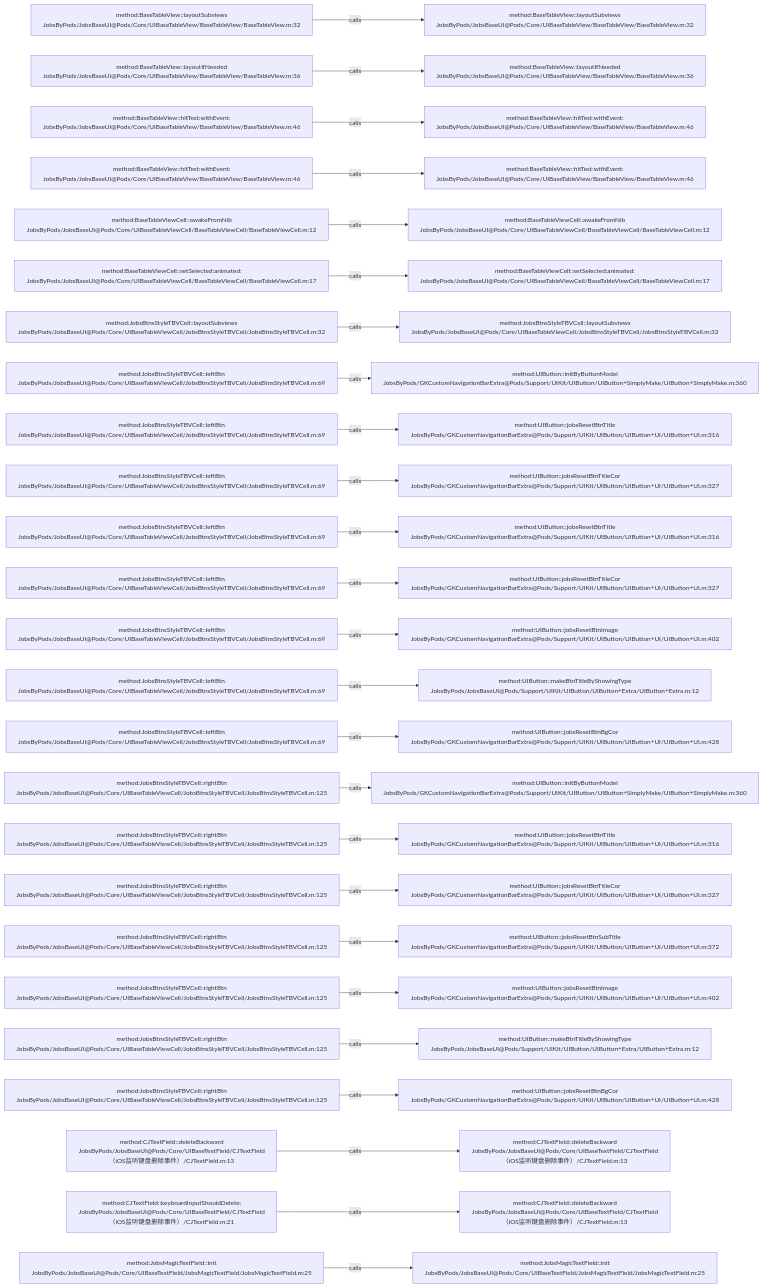
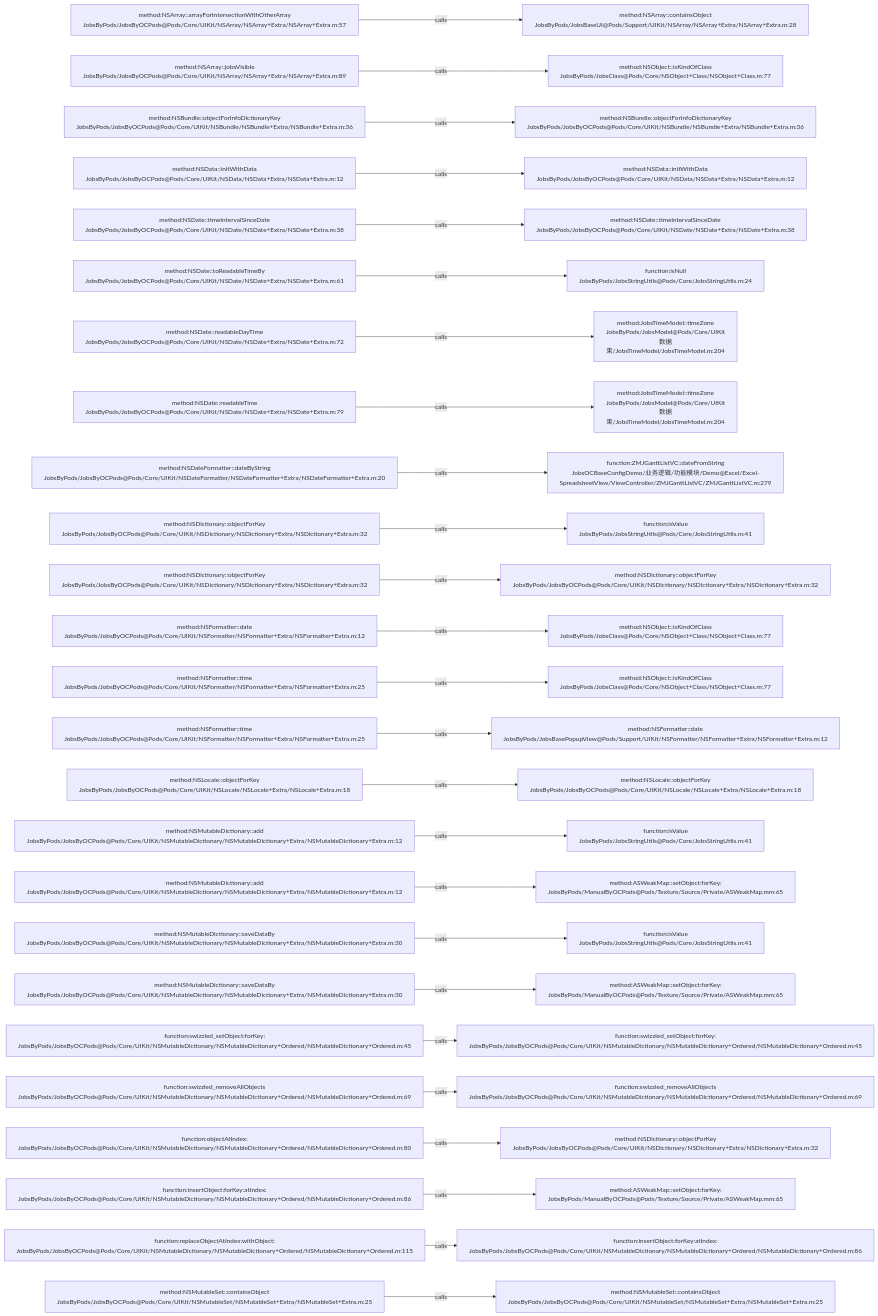
One commit to JobsKits/JobsOCBaseConfigDemo changed the diagram in .codegraph/codegraph.md/graphs/calls-030.md. Above: the diagram before and after it, drawn with Mermaid. The commit also changed 573 other files, not shown here.

````diff
--- a/.codegraph/codegraph.md/graphs/calls-030.md
+++ b/.codegraph/codegraph.md/graphs/calls-030.md
@@ -13,78 +13,78 @@
 ```mermaid
 flowchart LR
-  S1["method:BaseTableView::layoutSubviews<br/>JobsByPods/JobsBaseUI@Pods/Core/UIBaseTableView/BaseTableView/BaseTableView.m:32"]
-  T1["method:BaseTableView::layoutSubviews<br/>JobsByPods/JobsBaseUI@Pods/Core/UIBaseTableView/BaseTableView/BaseTableView.m:32"]
+  S1["method:NSArray::arrayForIntersectionWithOtherArray<br/>JobsByPods/JobsByOCPods@Pods/Core/UIKit/NSArray/NSArray+Extra/NSArray+Extra.m:57"]
+  T1["method:NSArray::containsObject<br/>JobsByPods/JobsBaseUI@Pods/Support/UIKit/NSArray/NSArray+Extra/NSArray+Extra.m:28"]
   S1 -->|calls| T1
-  S2["method:BaseTableView::layoutIfNeeded<br/>JobsByPods/JobsBaseUI@Pods/Core/UIBaseTableView/BaseTableView/BaseTableView.m:36"]
-  T2["method:BaseTableView::layoutIfNeeded<br/>JobsByPods/JobsBaseUI@Pods/Core/UIBaseTableView/BaseTableView/BaseTableView.m:36"]
+  S2["method:NSArray::jobsVisible<br/>JobsByPods/JobsByOCPods@Pods/Core/UIKit/NSArray/NSArray+Extra/NSArray+Extra.m:89"]
+  T2["method:NSObject::isKindOfClass<br/>JobsByPods/JobsClass@Pods/Core/NSObject+Class/NSObject+Class.m:77"]
   S2 -->|calls| T2
-  S3["method:BaseTableView::hitTest:withEvent:<br/>JobsByPods/JobsBaseUI@Pods/Core/UIBaseTableView/BaseTableView/BaseTableView.m:46"]
-  T3["method:BaseTableView::hitTest:withEvent:<br/>JobsByPods/JobsBaseUI@Pods/Core/UIBaseTableView/BaseTableView/BaseTableView.m:46"]
+  S3["method:NSBundle::objectForInfoDictionaryKey<br/>JobsByPods/JobsByOCPods@Pods/Core/UIKit/NSBundle/NSBundle+Extra/NSBundle+Extra.m:36"]
+  T3["method:NSBundle::objectForInfoDictionaryKey<br/>JobsByPods/JobsByOCPods@Pods/Core/UIKit/NSBundle/NSBundle+Extra/NSBundle+Extra.m:36"]
   S3 -->|calls| T3
-  S4["method:BaseTableView::hitTest:withEvent:<br/>JobsByPods/JobsBaseUI@Pods/Core/UIBaseTableView/BaseTableView/BaseTableView.m:46"]
-  T4["method:BaseTableView::hitTest:withEvent:<br/>JobsByPods/JobsBaseUI@Pods/Core/UIBaseTableView/BaseTableView/BaseTableView.m:46"]
+  S4["method:NSData::initWithData<br/>JobsByPods/JobsByOCPods@Pods/Core/UIKit/NSData/NSData+Extra/NSData+Extra.m:12"]
+  T4["method:NSData::initWithData<br/>JobsByPods/JobsByOCPods@Pods/Core/UIKit/NSData/NSData+Extra/NSData+Extra.m:12"]
   S4 -->|calls| T4
-  S5["method:BaseTableViewCell::awakeFromNib<br/>JobsByPods/JobsBaseUI@Pods/Core/UIBaseTableViewCell/BaseTableViewCell/BaseTableViewCell.m:12"]
-  T5["method:BaseTableViewCell::awakeFromNib<br/>JobsByPods/JobsBaseUI@Pods/Core/UIBaseTableViewCell/BaseTableViewCell/BaseTableViewCell.m:12"]
+  S5["method:NSDate::timeIntervalSinceDate<br/>JobsByPods/JobsByOCPods@Pods/Core/UIKit/NSDate/NSDate+Extra/NSDate+Extra.m:38"]
+  T5["method:NSDate::timeIntervalSinceDate<br/>JobsByPods/JobsByOCPods@Pods/Core/UIKit/NSDate/NSDate+Extra/NSDate+Extra.m:38"]
   S5 -->|calls| T5
-  S6["method:BaseTableViewCell::setSelected:animated:<br/>JobsByPods/JobsBaseUI@Pods/Core/UIBaseTableViewCell/BaseTableViewCell/BaseTableViewCell.m:17"]
-  T6["method:BaseTableViewCell::setSelected:animated:<br/>JobsByPods/JobsBaseUI@Pods/Core/UIBaseTableViewCell/BaseTableViewCell/BaseTableViewCell.m:17"]
+  S6["method:NSDate::toReadableTimeBy<br/>JobsByPods/JobsByOCPods@Pods/Core/UIKit/NSDate/NSDate+Extra/NSDate+Extra.m:61"]
+  T6["function:isNull<br/>JobsByPods/JobsStringUtils@Pods/Core/JobsStringUtils.m:24"]
   S6 -->|calls| T6
-  S7["method:JobsBtnsStyleTBVCell::layoutSubviews<br/>JobsByPods/JobsBaseUI@Pods/Core/UIBaseTableViewCell/JobsBtnsStyleTBVCell/JobsBtnsStyleTBVCell.m:32"]
-  T7["method:JobsBtnsStyleTBVCell::layoutSubviews<br/>JobsByPods/JobsBaseUI@Pods/Core/UIBaseTableViewCell/JobsBtnsStyleTBVCell/JobsBtnsStyleTBVCell.m:32"]
+  S7["method:NSDate::readableDayTime<br/>JobsByPods/JobsByOCPods@Pods/Core/UIKit/NSDate/NSDate+Extra/NSDate+Extra.m:72"]
+  T7["method:JobsTimeModel::timeZone<br/>JobsByPods/JobsModel@Pods/Core/UIKit数据束/JobsTimeModel/JobsTimeModel.m:204"]
   S7 -->|calls| T7
-  S8["method:JobsBtnsStyleTBVCell::leftBtn<br/>JobsByPods/JobsBaseUI@Pods/Core/UIBaseTableViewCell/JobsBtnsStyleTBVCell/JobsBtnsStyleTBVCell.m:69"]
-  T8["method:UIButton::initByButtonModel<br/>JobsByPods/GKCustomNavigationBarExtra@Pods/Support/UIKit/UIButton/UIButton+SimplyMake/UIButton+SimplyMake.m:360"]
+  S8["method:NSDate::readableTime<br/>JobsByPods/JobsByOCPods@Pods/Core/UIKit/NSDate/NSDate+Extra/NSDate+Extra.m:79"]
+  T8["method:JobsTimeModel::timeZone<br/>JobsByPods/JobsModel@Pods/Core/UIKit数据束/JobsTimeModel/JobsTimeModel.m:204"]
   S8 -->|calls| T8
-  S9["method:JobsBtnsStyleTBVCell::leftBtn<br/>JobsByPods/JobsBaseUI@Pods/Core/UIBaseTableViewCell/JobsBtnsStyleTBVCell/JobsBtnsStyleTBVCell.m:69"]
-  T9["method:UIButton::jobsResetBtnTitle<br/>JobsByPods/GKCustomNavigationBarExtra@Pods/Support/UIKit/UIButton/UIButton+UI/UIButton+UI.m:316"]
+  S9["method:NSDateFormatter::dateByString<br/>JobsByPods/JobsByOCPods@Pods/Core/UIKit/NSDateFormatter/NSDateFormatter+Extra/NSDateFormatter+Extra.m:20"]
+  T9["function:ZMJGanttListVC::dateFromString<br/>JobsOCBaseConfigDemo/业务逻辑/功能模块/Demo@Excel/Excel-SpreadsheetView/ViewController/ZMJGanttListVC/ZMJGanttListVC.m:279"]
   S9 -->|calls| T9
-  S10["method:JobsBtnsStyleTBVCell::leftBtn<br/>JobsByPods/JobsBaseUI@Pods/Core/UIBaseTableViewCell/JobsBtnsStyleTBVCell/JobsBtnsStyleTBVCell.m:69"]
-  T10["method:UIButton::jobsResetBtnTitleCor<br/>JobsByPods/GKCustomNavigationBarExtra@Pods/Support/UIKit/UIButton/UIButton+UI/UIButton+UI.m:327"]
+  S10["method:NSDictionary::objectForKey<br/>JobsByPods/JobsByOCPods@Pods/Core/UIKit/NSDictionary/NSDictionary+Extra/NSDictionary+Extra.m:32"]
+  T10["function:isValue<br/>JobsByPods/JobsStringUtils@Pods/Core/JobsStringUtils.m:41"]
   S10 -->|calls| T10
-  S11["method:JobsBtnsStyleTBVCell::leftBtn<br/>JobsByPods/JobsBaseUI@Pods/Core/UIBaseTableViewCell/JobsBtnsStyleTBVCell/JobsBtnsStyleTBVCell.m:69"]
-  T11["method:UIButton::jobsResetBtnTitle<br/>JobsByPods/GKCustomNavigationBarExtra@Pods/Support/UIKit/UIButton/UIButton+UI/UIButton+UI.m:316"]
+  S11["method:NSDictionary::objectForKey<br/>JobsByPods/JobsByOCPods@Pods/Core/UIKit/NSDictionary/NSDictionary+Extra/NSDictionary+Extra.m:32"]
+  T11["method:NSDictionary::objectForKey<br/>JobsByPods/JobsByOCPods@Pods/Core/UIKit/NSDictionary/NSDictionary+Extra/NSDictionary+Extra.m:32"]
   S11 -->|calls| T11
-  S12["method:JobsBtnsStyleTBVCell::leftBtn<br/>JobsByPods/JobsBaseUI@Pods/Core/UIBaseTableViewCell/JobsBtnsStyleTBVCell/JobsBtnsStyleTBVCell.m:69"]
-  T12["method:UIButton::jobsResetBtnTitleCor<br/>JobsByPods/GKCustomNavigationBarExtra@Pods/Support/UIKit/UIButton/UIButton+UI/UIButton+UI.m:327"]
+  S12["method:NSFormatter::date<br/>JobsByPods/JobsByOCPods@Pods/Core/UIKit/NSFormatter/NSFormatter+Extra/NSFormatter+Extra.m:12"]
+  T12["method:NSObject::isKindOfClass<br/>JobsByPods/JobsClass@Pods/Core/NSObject+Class/NSObject+Class.m:77"]
   S12 -->|calls| T12
-  S13["method:JobsBtnsStyleTBVCell::leftBtn<br/>JobsByPods/JobsBaseUI@Pods/Core/UIBaseTableViewCell/JobsBtnsStyleTBVCell/JobsBtnsStyleTBVCell.m:69"]
-  T13["method:UIButton::jobsResetBtnImage<br/>JobsByPods/GKCustomNavigationBarExtra@Pods/Support/UIKit/UIButton/UIButton+UI/UIButton+UI.m:402"]
+  S13["method:NSFormatter::time<br/>JobsByPods/JobsByOCPods@Pods/Core/UIKit/NSFormatter/NSFormatter+Extra/NSFormatter+Extra.m:25"]
+  T13["method:NSObject::isKindOfClass<br/>JobsByPods/JobsClass@Pods/Core/NSObject+Class/NSObject+Class.m:77"]
   S13 -->|calls| T13
-  S14["method:JobsBtnsStyleTBVCell::leftBtn<br/>JobsByPods/JobsBaseUI@Pods/Core/UIBaseTableViewCell/JobsBtnsStyleTBVCell/JobsBtnsStyleTBVCell.m:69"]
-  T14["method:UIButton::makeBtnTitleByShowingType<br/>JobsByPods/JobsBaseUI@Pods/Support/UIKit/UIButton/UIButton+Extra/UIButton+Extra.m:12"]
+  S14["method:NSFormatter::time<br/>JobsByPods/JobsByOCPods@Pods/Core/UIKit/NSFormatter/NSFormatter+Extra/NSFormatter+Extra.m:25"]
+  T14["method:NSFormatter::date<br/>JobsByPods/JobsBasePopupView@Pods/Support/UIKit/NSFormatter/NSFormatter+Extra/NSFormatter+Extra.m:12"]
   S14 -->|calls| T14
-  S15["method:JobsBtnsStyleTBVCell::leftBtn<br/>JobsByPods/JobsBaseUI@Pods/Core/UIBaseTableViewCell/JobsBtnsStyleTBVCell/JobsBtnsStyleTBVCell.m:69"]
-  T15["method:UIButton::jobsResetBtnBgCor<br/>JobsByPods/GKCustomNavigationBarExtra@Pods/Support/UIKit/UIButton/UIButton+UI/UIButton+UI.m:428"]
+  S15["method:NSLocale::objectForKey<br/>JobsByPods/JobsByOCPods@Pods/Core/UIKit/NSLocale/NSLocale+Extra/NSLocale+Extra.m:18"]
+  T15["method:NSLocale::objectForKey<br/>JobsByPods/JobsByOCPods@Pods/Core/UIKit/NSLocale/NSLocale+Extra/NSLocale+Extra.m:18"]
   S15 -->|calls| T15
-  S16["method:JobsBtnsStyleTBVCell::rightBtn<br/>JobsByPods/JobsBaseUI@Pods/Core/UIBaseTableViewCell/JobsBtnsStyleTBVCell/JobsBtnsStyleTBVCell.m:125"]
-  T16["method:UIButton::initByButtonModel<br/>JobsByPods/GKCustomNavigationBarExtra@Pods/Support/UIKit/UIButton/UIButton+SimplyMake/UIButton+SimplyMake.m:360"]
+  S16["method:NSMutableDictionary::add<br/>JobsByPods/JobsByOCPods@Pods/Core/UIKit/NSMutableDictionary/NSMutableDictionary+Extra/NSMutableDictionary+Extra.m:12"]
+  T16["function:isValue<br/>JobsByPods/JobsStringUtils@Pods/Core/JobsStringUtils.m:41"]
   S16 -->|calls| T16
-  S17["method:JobsBtnsStyleTBVCell::rightBtn<br/>JobsByPods/JobsBaseUI@Pods/Core/UIBaseTableViewCell/JobsBtnsStyleTBVCell/JobsBtnsStyleTBVCell.m:125"]
-  T17["method:UIButton::jobsResetBtnTitle<br/>JobsByPods/GKCustomNavigationBarExtra@Pods/Support/UIKit/UIButton/UIButton+UI/UIButton+UI.m:316"]
+  S17["method:NSMutableDictionary::add<br/>JobsByPods/JobsByOCPods@Pods/Core/UIKit/NSMutableDictionary/NSMutableDictionary+Extra/NSMutableDictionary+Extra.m:12"]
+  T17["method:ASWeakMap::setObject:forKey:<br/>JobsByPods/ManualByOCPods@Pods/Texture/Source/Private/ASWeakMap.mm:65"]
   S17 -->|calls| T17
-  S18["method:JobsBtnsStyleTBVCell::rightBtn<br/>JobsByPods/JobsBaseUI@Pods/Core/UIBaseTableViewCell/JobsBtnsStyleTBVCell/JobsBtnsStyleTBVCell.m:125"]
-  T18["method:UIButton::jobsResetBtnTitleCor<br/>JobsByPods/GKCustomNavigationBarExtra@Pods/Support/UIKit/UIButton/UIButton+UI/UIButton+UI.m:327"]
+  S18["method:NSMutableDictionary::saveDataBy<br/>JobsByPods/JobsByOCPods@Pods/Core/UIKit/NSMutableDictionary/NSMutableDictionary+Extra/NSMutableDictionary+Extra.m:30"]
+  T18["function:isValue<br/>JobsByPods/JobsStringUtils@Pods/Core/JobsStringUtils.m:41"]
   S18 -->|calls| T18
-  S19["method:JobsBtnsStyleTBVCell::rightBtn<br/>JobsByPods/JobsBaseUI@Pods/Core/UIBaseTableViewCell/JobsBtnsStyleTBVCell/JobsBtnsStyleTBVCell.m:125"]
-  T19["method:UIButton::jobsResetBtnSubTitle<br/>JobsByPods/GKCustomNavigationBarExtra@Pods/Support/UIKit/UIButton/UIButton+UI/UIButton+UI.m:372"]
+  S19["method:NSMutableDictionary::saveDataBy<br/>JobsByPods/JobsByOCPods@Pods/Core/UIKit/NSMutableDictionary/NSMutableDictionary+Extra/NSMutableDictionary+Extra.m:30"]
+  T19["method:ASWeakMap::setObject:forKey:<br/>JobsByPods/ManualByOCPods@Pods/Texture/Source/Private/ASWeakMap.mm:65"]
   S19 -->|calls| T19
-  S20["method:JobsBtnsStyleTBVCell::rightBtn<br/>JobsByPods/JobsBaseUI@Pods/Core/UIBaseTableViewCell/JobsBtnsStyleTBVCell/JobsBtnsStyleTBVCell.m:125"]
-  T20["method:UIButton::jobsResetBtnImage<br/>JobsByPods/GKCustomNavigationBarExtra@Pods/Support/UIKit/UIButton/UIButton+UI/UIButton+UI.m:402"]
+  S20["function:swizzled_setObject:forKey:<br/>JobsByPods/JobsByOCPods@Pods/Core/UIKit/NSMutableDictionary/NSMutableDictionary+Ordered/NSMutableDictionary+Ordered.m:45"]
+  T20["function:swizzled_setObject:forKey:<br/>JobsByPods/JobsByOCPods@Pods/Core/UIKit/NSMutableDictionary/NSMutableDictionary+Ordered/NSMutableDictionary+Ordered.m:45"]
   S20 -->|calls| T20
-  S21["method:JobsBtnsStyleTBVCell::rightBtn<br/>JobsByPods/JobsBaseUI@Pods/Core/UIBaseTableViewCell/JobsBtnsStyleTBVCell/JobsBtnsStyleTBVCell.m:125"]
-  T21["method:UIButton::makeBtnTitleByShowingType<br/>JobsByPods/JobsBaseUI@Pods/Support/UIKit/UIButton/UIButton+Extra/UIButton+Extra.m:12"]
+  S21["function:swizzled_removeAllObjects<br/>JobsByPods/JobsByOCPods@Pods/Core/UIKit/NSMutableDictionary/NSMutableDictionary+Ordered/NSMutableDictionary+Ordered.m:69"]
+  T21["function:swizzled_removeAllObjects<br/>JobsByPods/JobsByOCPods@Pods/Core/UIKit/NSMutableDictionary/NSMutableDictionary+Ordered/NSMutableDictionary+Ordered.m:69"]
   S21 -->|calls| T21
-  S22["method:JobsBtnsStyleTBVCell::rightBtn<br/>JobsByPods/JobsBaseUI@Pods/Core/UIBaseTableViewCell/JobsBtnsStyleTBVCell/JobsBtnsStyleTBVCell.m:125"]
-  T22["method:UIButton::jobsResetBtnBgCor<br/>JobsByPods/GKCustomNavigationBarExtra@Pods/Support/UIKit/UIButton/UIButton+UI/UIButton+UI.m:428"]
+  S22["function:objectAtIndex:<br/>JobsByPods/JobsByOCPods@Pods/Core/UIKit/NSMutableDictionary/NSMutableDictionary+Ordered/NSMutableDictionary+Ordered.m:80"]
+  T22["method:NSDictionary::objectForKey<br/>JobsByPods/JobsByOCPods@Pods/Core/UIKit/NSDictionary/NSDictionary+Extra/NSDictionary+Extra.m:32"]
   S22 -->|calls| T22
-  S23["method:CJTextField::deleteBackward<br/>JobsByPods/JobsBaseUI@Pods/Core/UIBaseTextField/CJTextField（iOS监听键盘删除事件）/CJTextField.m:13"]
-  T23["method:CJTextField::deleteBackward<br/>JobsByPods/JobsBaseUI@Pods/Core/UIBaseTextField/CJTextField（iOS监听键盘删除事件）/CJTextField.m:13"]
+  S23["function:insertObject:forKey:atIndex:<br/>JobsByPods/JobsByOCPods@Pods/Core/UIKit/NSMutableDictionary/NSMutableDictionary+Ordered/NSMutableDictionary+Ordered.m:86"]
+  T23["method:ASWeakMap::setObject:forKey:<br/>JobsByPods/ManualByOCPods@Pods/Texture/Source/Private/ASWeakMap.mm:65"]
   S23 -->|calls| T23
-  S24["method:CJTextField::keyboardInputShouldDelete:<br/>JobsByPods/JobsBaseUI@Pods/Core/UIBaseTextField/CJTextField（iOS监听键盘删除事件）/CJTextField.m:21"]
-  T24["method:CJTextField::deleteBackward<br/>JobsByPods/JobsBaseUI@Pods/Core/UIBaseTextField/CJTextField（iOS监听键盘删除事件）/CJTextField.m:13"]
+  S24["function:replaceObjectAtIndex:withObject:<br/>JobsByPods/JobsByOCPods@Pods/Core/UIKit/NSMutableDictionary/NSMutableDictionary+Ordered/NSMutableDictionary+Ordered.m:115"]
+  T24["function:insertObject:forKey:atIndex:<br/>JobsByPods/JobsByOCPods@Pods/Core/UIKit/NSMutableDictionary/NSMutableDictionary+Ordered/NSMutableDictionary+Ordered.m:86"]
   S24 -->|calls| T24
-  S25["method:JobsMagicTextField::init<br/>JobsByPods/JobsBaseUI@Pods/Core/UIBaseTextField/JobsMagicTextField/JobsMagicTextField.m:25"]
-  T25["method:JobsMagicTextField::init<br/>JobsByPods/JobsBaseUI@Pods/Core/UIBaseTextField/JobsMagicTextField/JobsMagicTextField.m:25"]
+  S25["method:NSMutableSet::containsObject<br/>JobsByPods/JobsByOCPods@Pods/Core/UIKit/NSMutableSet/NSMutableSet+Extra/NSMutableSet+Extra.m:25"]
+  T25["method:NSMutableSet::containsObject<br/>JobsByPods/JobsByOCPods@Pods/Core/UIKit/NSMutableSet/NSMutableSet+Extra/NSMutableSet+Extra.m:25"]
   S25 -->|calls| T25
 ```
````
